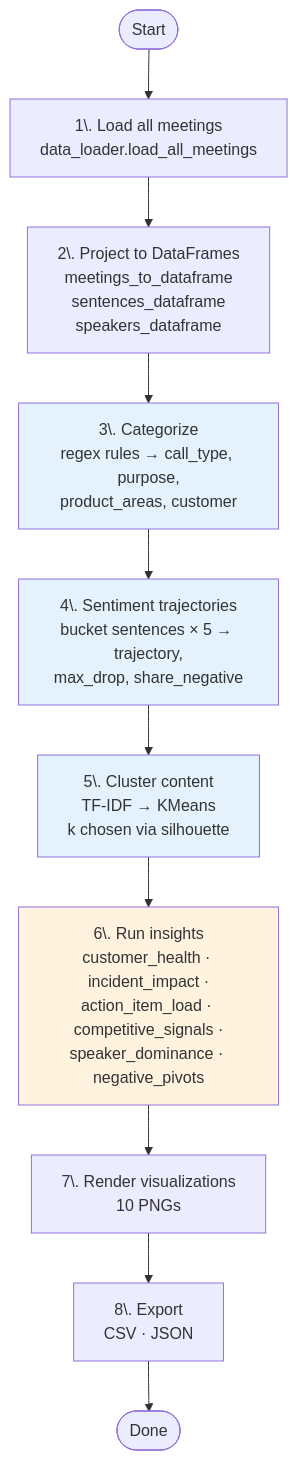
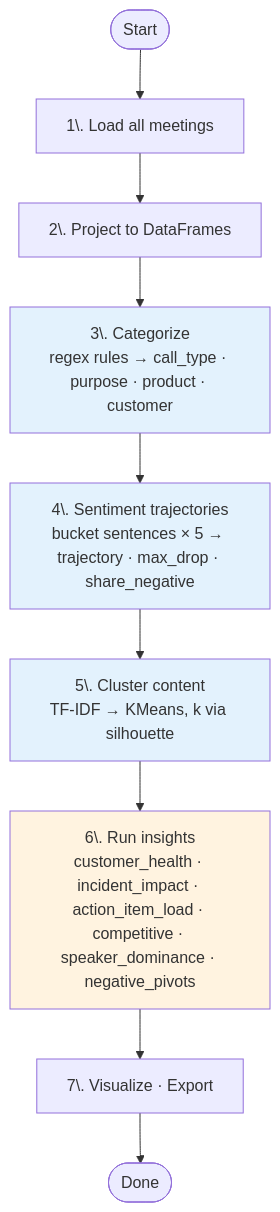
One commit to r2st/rubrik changed the fourth of 6 diagrams in docs/ARCHITECTURE.md. Above: the diagram before and after it, drawn with Mermaid. The commit also changed other lines of this file and 6 other files, not shown here.

````diff
--- a/docs/ARCHITECTURE.md
+++ b/docs/ARCHITECTURE.md
@@ -191,17 +179,16 @@
 ```mermaid
 flowchart TD
-    Start([Start]) --> S1[1\. Load all meetings<br/>data_loader.load_all_meetings]
-    S1 --> S2[2\. Project to DataFrames<br/>meetings_to_dataframe<br/>sentences_dataframe<br/>speakers_dataframe]
-    S2 --> S3[3\. Categorize<br/>regex rules → call_type, purpose,<br/>product_areas, customer]
-    S3 --> S4[4\. Sentiment trajectories<br/>bucket sentences × 5 → trajectory,<br/>max_drop, share_negative]
-    S4 --> S5[5\. Cluster content<br/>TF-IDF → KMeans<br/>k chosen via silhouette]
-    S5 --> S6[6\. Run insights<br/>customer_health · incident_impact ·<br/>action_item_load · competitive_signals ·<br/>speaker_dominance · negative_pivots]
-    S6 --> S7[7\. Render visualizations<br/>10 PNGs]
-    S7 --> S8[8\. Export<br/>CSV · JSON]
-    S8 --> End([Done])
+    Start([Start]) --> S1["1\. Load all meetings"]
+    S1 --> S2["2\. Project to DataFrames"]
+    S2 --> S3["3\. Categorize<br/>regex rules → call_type · purpose · product · customer"]
+    S3 --> S4["4\. Sentiment trajectories<br/>bucket sentences × 5 → trajectory · max_drop · share_negative"]
+    S4 --> S5["5\. Cluster content<br/>TF-IDF → KMeans, k via silhouette"]
+    S5 --> S6["6\. Run insights<br/>customer_health · incident_impact · action_item_load · competitive · speaker_dominance · negative_pivots"]
+    S6 --> S7["7\. Visualize · Export"]
+    S7 --> End([Done])
 
     style S3 fill:#e3f2fd
     style S4 fill:#e3f2fd
     style S5 fill:#e3f2fd
     style S6 fill:#fff3e0
 ```
````
